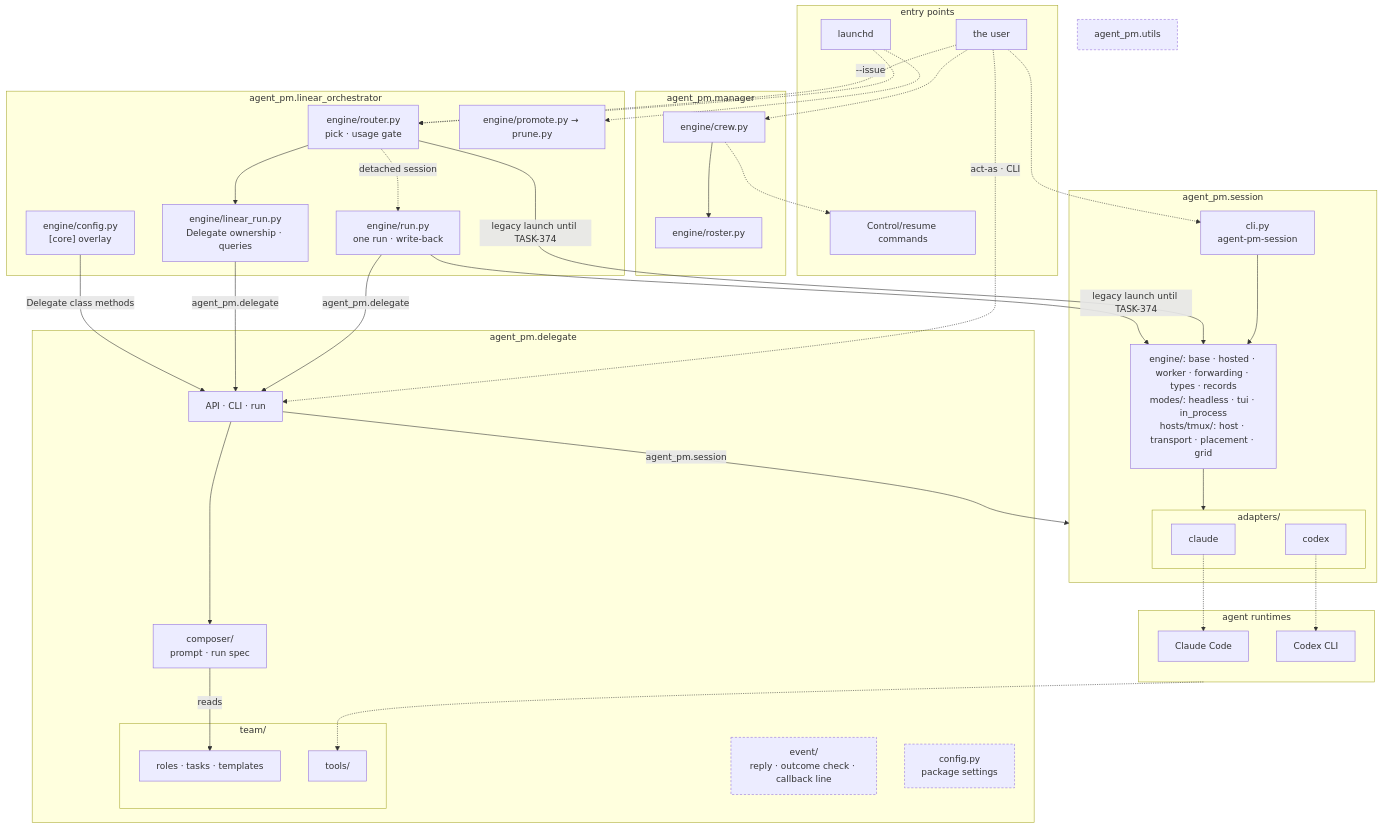
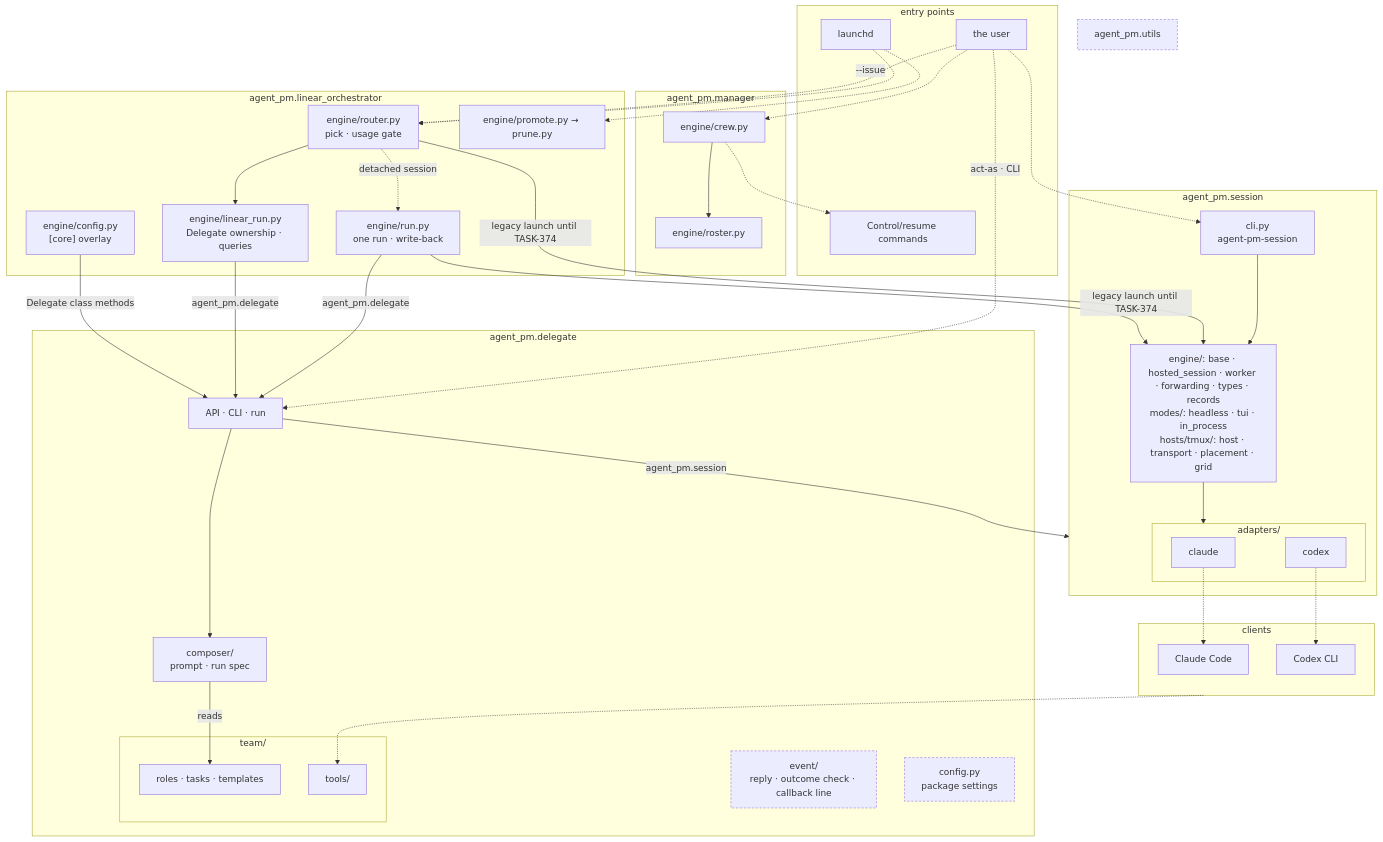
The second of 4 diagrams in README.md (ophis/agent-pm), drawn with Mermaid before and after one commit. The commit also changed other lines of this file and 193 other files, not shown here.

````diff
--- a/README.md
+++ b/README.md
@@ -18,63 +18,63 @@
 ```mermaid
 flowchart TB
   subgraph EN[entry points]
     LD[launchd]
     HU[the user]
     CC[Control/resume commands]
   end
   subgraph MG[agent_pm.manager]
     W["engine/crew.py"] --> RS["engine/roster.py"]
   end
   subgraph LO[agent_pm.linear_orchestrator]
     R["engine/router.py<br>pick · usage gate"]
     RU["engine/run.py<br>one run · write-back"]
     LR["engine/linear_run.py<br>Delegate ownership · queries"]
     PP["engine/promote.py → prune.py"]
     LC["engine/config.py<br>[core] overlay"]
   end
   subgraph DL[agent_pm.delegate]
     D["API · CLI · run"]
     C["composer/<br>prompt · run spec"]
     EV["event/<br>reply · outcome check · callback line"]
     CF["config.py<br>package settings"]
     subgraph TM[team/]
       T["roles · tasks · templates"]
       AT[tools/]
     end
   end
   subgraph SE[agent_pm.session]
     SC["cli.py<br>agent-pm-session"]
-    DR["engine/: base · hosted · worker · forwarding · types · records<br>modes/: headless · tui · in_process<br>hosts/tmux/: host · transport · placement · grid"]
+    DR["engine/: base · hosted_session · worker · forwarding · types · records<br>modes/: headless · tui · in_process<br>hosts/tmux/: host · transport · placement · grid"]
     subgraph AD[adapters/]
       CL[claude]
       CX[codex]
     end
   end
   U[agent_pm.utils]
-  subgraph RT[agent runtimes]
+  subgraph RT[clients]
     P1[Claude Code]
     P2[Codex CLI]
   end
   LD -.-> R & PP
   HU -.->|"--issue"| R
   HU -.->|"act-as · CLI"| D
   HU -.-> W
   HU -.-> SC
   SC --> DR
   R -.->|detached session| RU
   RU -->|agent_pm.delegate| D
   R --> LR
   LR -->|agent_pm.delegate| D
   LC -->|"Delegate class methods"| D
   R & RU -->|"legacy launch until TASK-374"| DR
   W -.-> CC
   D --> C
   D -->|agent_pm.session| SE
   C -->|reads| T
   DR --> AD
   CL -.-> P1
   CX -.-> P2
   RT -.-> AT
   classDef shared stroke-dasharray: 4 3
   class EV,U,CF shared
 ```
````
